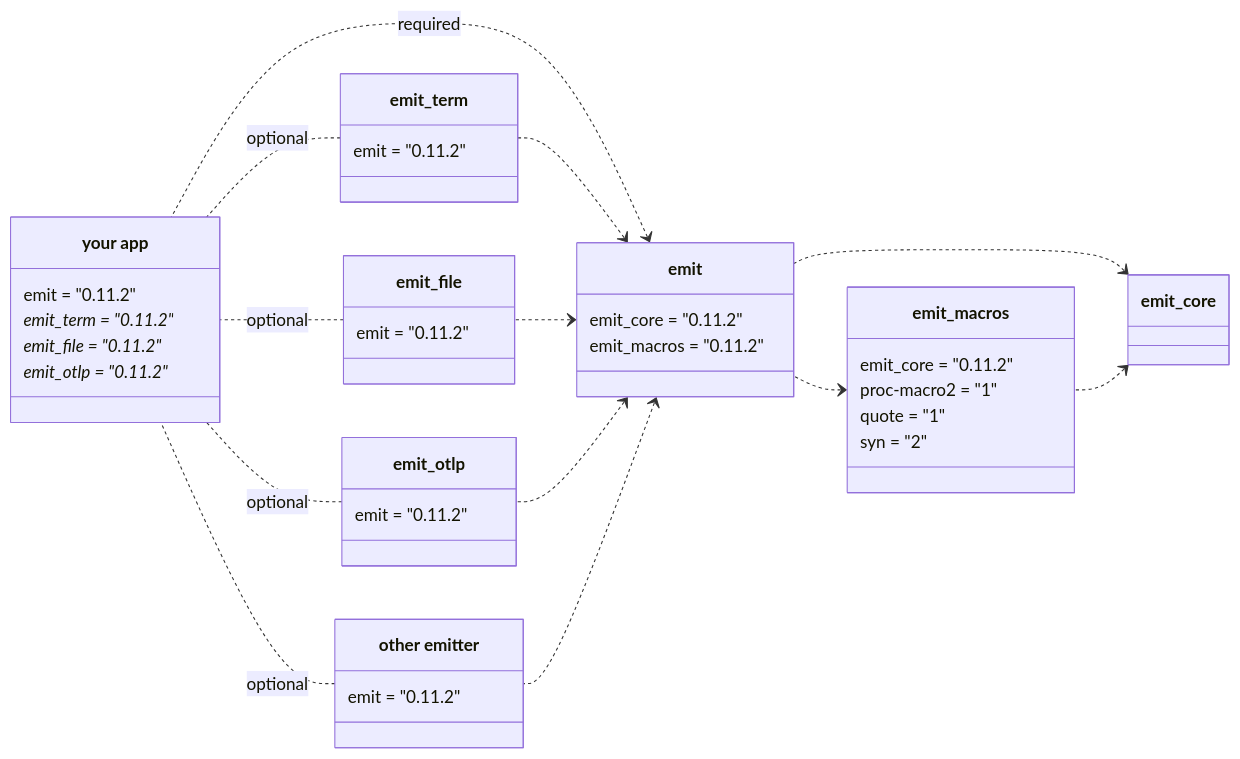
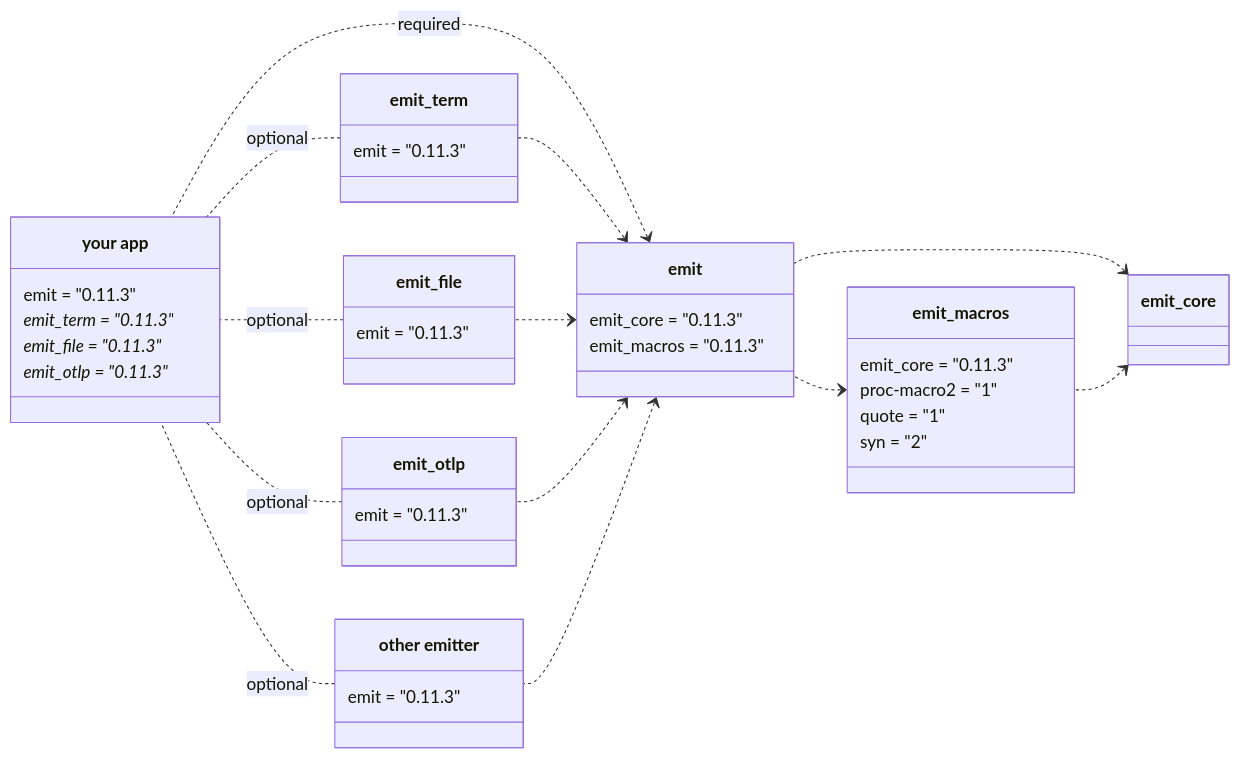
One commit to emit-rs/emit changed the first of 5 diagrams in book/src/reference/architecture.md. Above: the diagram before and after it, drawn with Mermaid. The commit also changed other lines of this file and 58 other files, not shown here.

````diff
--- a/book/src/reference/architecture.md
+++ b/book/src/reference/architecture.md
@@ -9,62 +9,62 @@
 ```mermaid
 classDiagram
     direction RL
     
     emit_core <.. emit_macros
     emit_core <.. emit
     emit_macros <.. emit
 
     class emit_macros {
-        emit_core = "0.11.2"
+        emit_core = "0.11.3"
         proc-macro2 = "1"
         quote = "1"
         syn = "2"
     }
 
     emit <.. emit_term
     emit <.. emit_file
     emit <.. emit_otlp
     emit <.. emit_custom
 
     emit <.. app : required
 
     class emit {
-        emit_core = "0.11.2"
-        emit_macros = "0.11.2"
+        emit_core = "0.11.3"
+        emit_macros = "0.11.3"
     }
 
     emit_term .. app : optional
     emit_file .. app : optional
     emit_otlp .. app : optional
     emit_custom .. app : optional
 
     class emit_term {
-        emit = "0.11.2"
+        emit = "0.11.3"
     }
 
     class emit_file {
-        emit = "0.11.2"
+        emit = "0.11.3"
     }
 
     class emit_otlp {
-        emit = "0.11.2"
+        emit = "0.11.3"
     }
 
     class emit_custom["other emitter"] {
-        emit = "0.11.2"
+        emit = "0.11.3"
     }
 
     class app["your app"] {
-        emit = "0.11.2"
-        emit_term = "0.11.2"*
-        emit_file = "0.11.2"*
-        emit_otlp = "0.11.2"*
+        emit = "0.11.3"
+        emit_term = "0.11.3"*
+        emit_file = "0.11.3"*
+        emit_otlp = "0.11.3"*
     }
 
-    click emit_core href "https://docs.rs/emit_core/0.11.2/emit_core/index.html"
-    click emit_macros href "https://docs.rs/emit_macros/0.11.2/emit_macros/index.html"
-    click emit href "https://docs.rs/emit/0.11.2/emit/index.html"
-    click emit_term href "https://docs.rs/emit_term/0.11.2/emit_term/index.html"
-    click emit_file href "https://docs.rs/emit_file/0.11.2/emit_file/index.html"
-    click emit_otlp href "https://docs.rs/emit_otlp/0.11.2/emit_otlp/index.html"
+    click emit_core href "https://docs.rs/emit_core/0.11.3/emit_core/index.html"
+    click emit_macros href "https://docs.rs/emit_macros/0.11.3/emit_macros/index.html"
+    click emit href "https://docs.rs/emit/0.11.3/emit/index.html"
+    click emit_term href "https://docs.rs/emit_term/0.11.3/emit_term/index.html"
+    click emit_file href "https://docs.rs/emit_file/0.11.3/emit_file/index.html"
+    click emit_otlp href "https://docs.rs/emit_otlp/0.11.3/emit_otlp/index.html"
 ```
````
